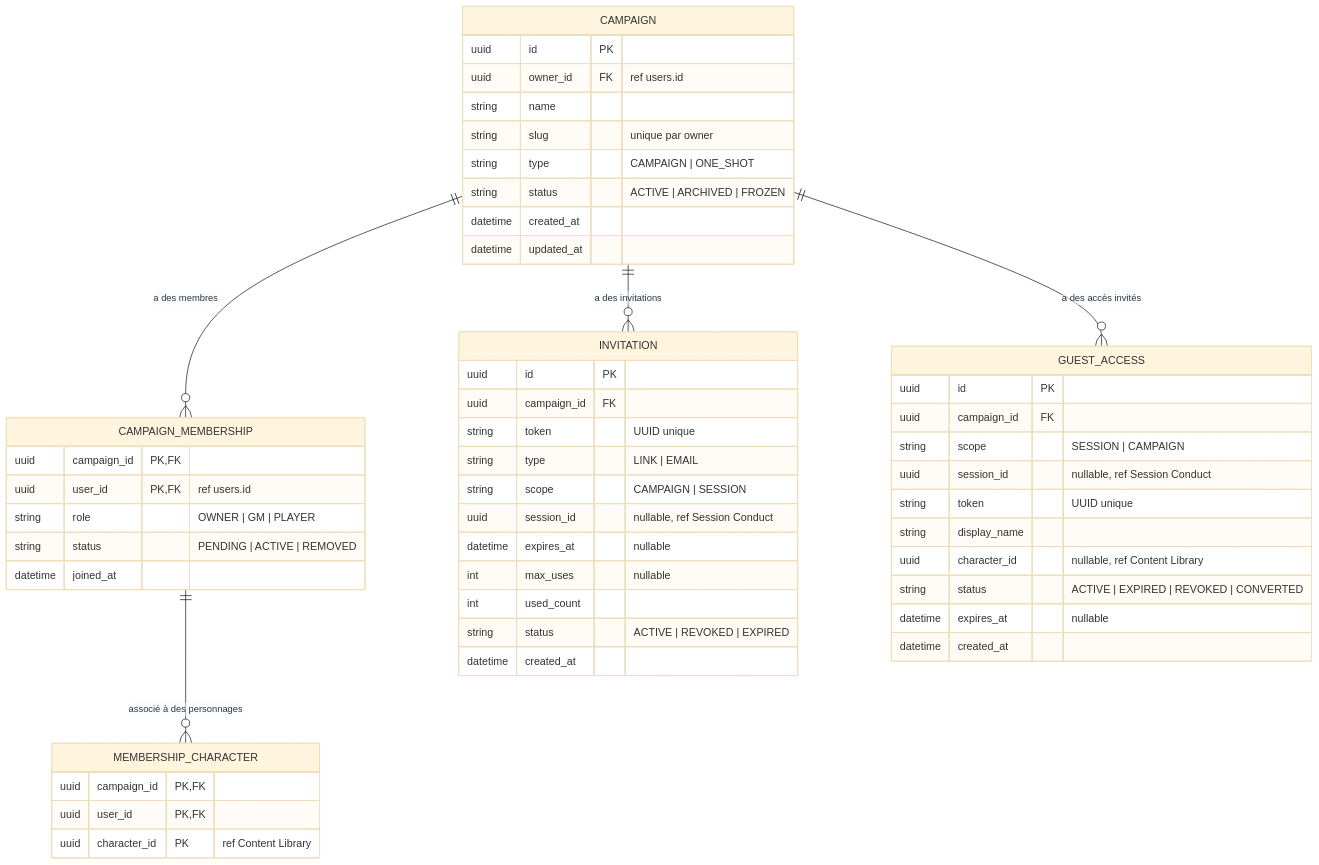
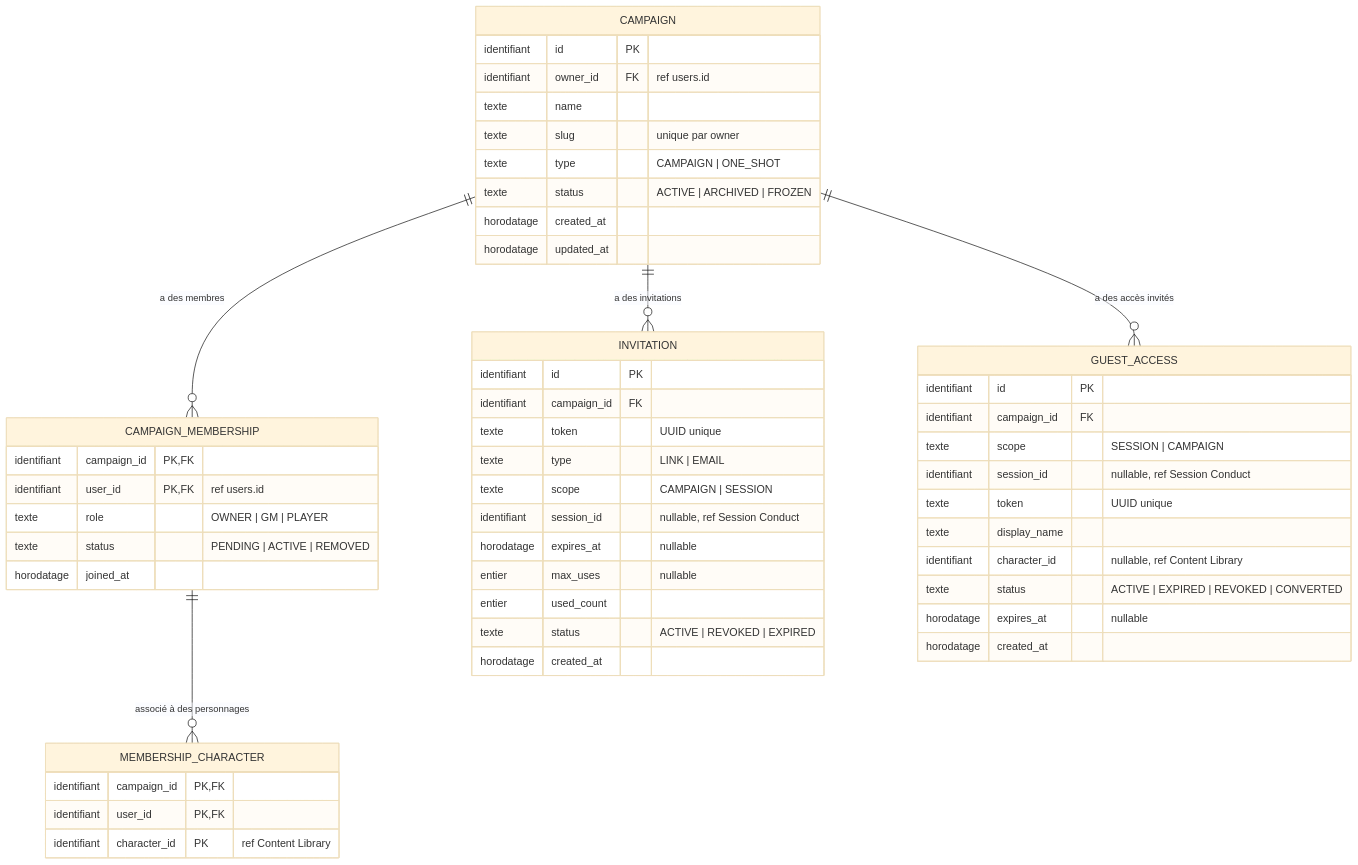
One commit to 2025-10-CDA-ECO-P6/PM-micro-saas changed the diagram in docs/conception/domain/diagrams/mcd/campaign-management.md. Above: the diagram before and after it, drawn with Mermaid (base theme). The commit also changed 107 other files, not shown here.

````diff
--- a/docs/conception/domain/diagrams/mcd/campaign-management.md
+++ b/docs/conception/domain/diagrams/mcd/campaign-management.md
@@ -3,59 +3,59 @@
 ```mermaid
 erDiagram
     CAMPAIGN {
-        uuid id PK
-        uuid owner_id FK "ref users.id"
-        string name
-        string slug "unique par owner"
-        string type "CAMPAIGN | ONE_SHOT"
-        string status "ACTIVE | ARCHIVED | FROZEN"
-        datetime created_at
-        datetime updated_at
+        identifiant id PK
+        identifiant owner_id FK "ref users.id"
+        texte name
+        texte slug "unique par owner"
+        texte type "CAMPAIGN | ONE_SHOT"
+        texte status "ACTIVE | ARCHIVED | FROZEN"
+        horodatage created_at
+        horodatage updated_at
     }
 
     CAMPAIGN_MEMBERSHIP {
-        uuid campaign_id PK,FK
-        uuid user_id PK,FK "ref users.id"
-        string role "OWNER | GM | PLAYER"
-        string status "PENDING | ACTIVE | REMOVED"
-        datetime joined_at
+        identifiant campaign_id PK,FK
+        identifiant user_id PK,FK "ref users.id"
+        texte role "OWNER | GM | PLAYER"
+        texte status "PENDING | ACTIVE | REMOVED"
+        horodatage joined_at
     }
 
     MEMBERSHIP_CHARACTER {
-        uuid campaign_id PK,FK
-        uuid user_id PK,FK
-        uuid character_id PK "ref Content Library"
+        identifiant campaign_id PK,FK
+        identifiant user_id PK,FK
+        identifiant character_id PK "ref Content Library"
     }
 
     INVITATION {
-        uuid id PK
-        uuid campaign_id FK
-        string token "UUID unique"
-        string type "LINK | EMAIL"
-        string scope "CAMPAIGN | SESSION"
-        uuid session_id "nullable, ref Session Conduct"
-        datetime expires_at "nullable"
-        int max_uses "nullable"
-        int used_count
-        string status "ACTIVE | REVOKED | EXPIRED"
-        datetime created_at
+        identifiant id PK
+        identifiant campaign_id FK
+        texte token "UUID unique"
+        texte type "LINK | EMAIL"
+        texte scope "CAMPAIGN | SESSION"
+        identifiant session_id "nullable, ref Session Conduct"
+        horodatage expires_at "nullable"
+        entier max_uses "nullable"
+        entier used_count
+        texte status "ACTIVE | REVOKED | EXPIRED"
+        horodatage created_at
     }
 
     GUEST_ACCESS {
-        uuid id PK
-        uuid campaign_id FK
-        string scope "SESSION | CAMPAIGN"
-        uuid session_id "nullable, ref Session Conduct"
-        string token "UUID unique"
-        string display_name
-        uuid character_id "nullable, ref Content Library"
-        string status "ACTIVE | EXPIRED | REVOKED | CONVERTED"
-        datetime expires_at "nullable"
-        datetime created_at
+        identifiant id PK
+        identifiant campaign_id FK
+        texte scope "SESSION | CAMPAIGN"
+        identifiant session_id "nullable, ref Session Conduct"
+        texte token "UUID unique"
+        texte display_name
+        identifiant character_id "nullable, ref Content Library"
+        texte status "ACTIVE | EXPIRED | REVOKED | CONVERTED"
+        horodatage expires_at "nullable"
+        horodatage created_at
     }
 
     CAMPAIGN ||--o{ CAMPAIGN_MEMBERSHIP : "a des membres"
     CAMPAIGN ||--o{ INVITATION : "a des invitations"
     CAMPAIGN ||--o{ GUEST_ACCESS : "a des accès invités"
     CAMPAIGN_MEMBERSHIP ||--o{ MEMBERSHIP_CHARACTER : "associé à des personnages"
 ```
````
